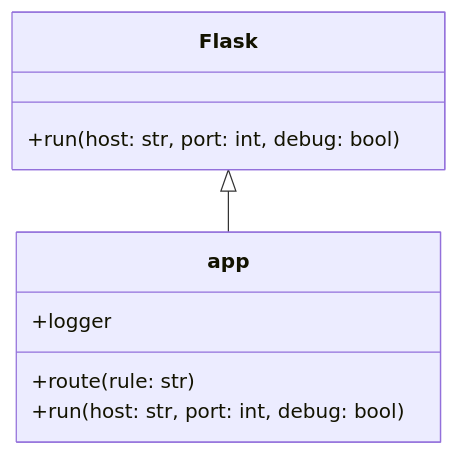
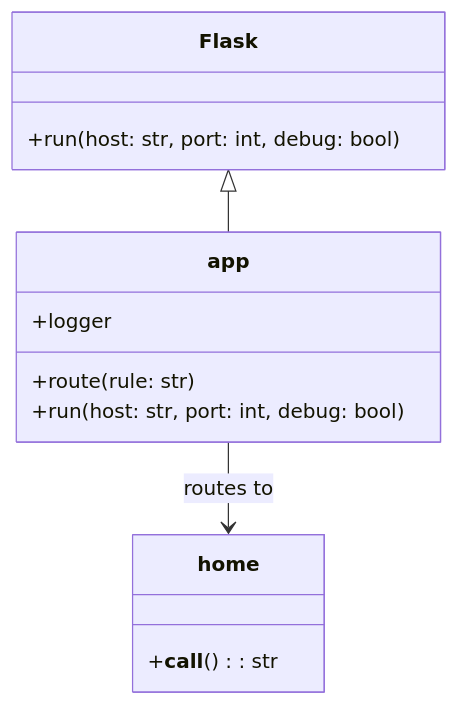
One commit to ashwanth01-pixel/flaskapp changed the second of 3 diagrams in DESIGN.md. Above: the diagram before and after it, drawn with Mermaid. The commit also changed other lines of this file and 2 other files, not shown here.

Commit message:
Automated: Add repo analysis, fixes, UML, and design diagram

````diff
--- a/DESIGN.md
+++ b/DESIGN.md
@@ -38,12 +37,16 @@
 ```mermaid
 classDiagram
     class Flask {
         +run(host: str, port: int, debug: bool)
     }
     class app {
         +route(rule: str)
         +logger
         +run(host: str, port: int, debug: bool)
     }
+    class home {
+        +__call__() : str
+    }
     Flask <|-- app
+    app --> home : routes to
 ```
````
